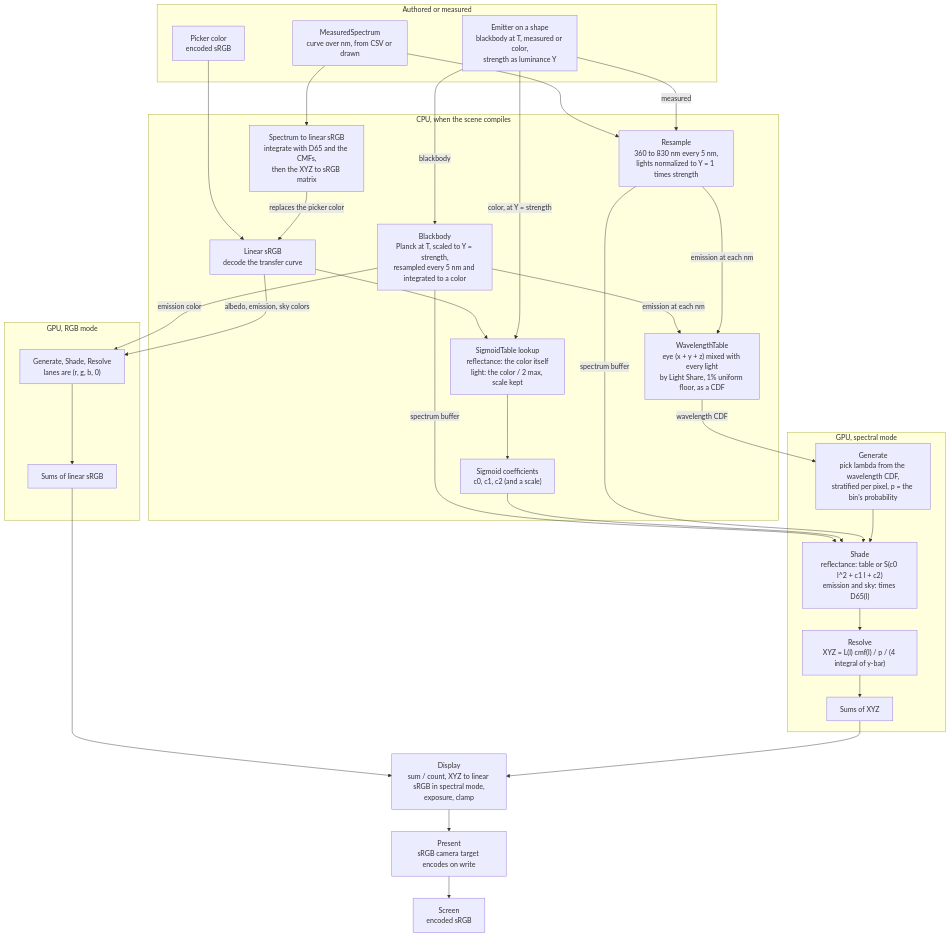
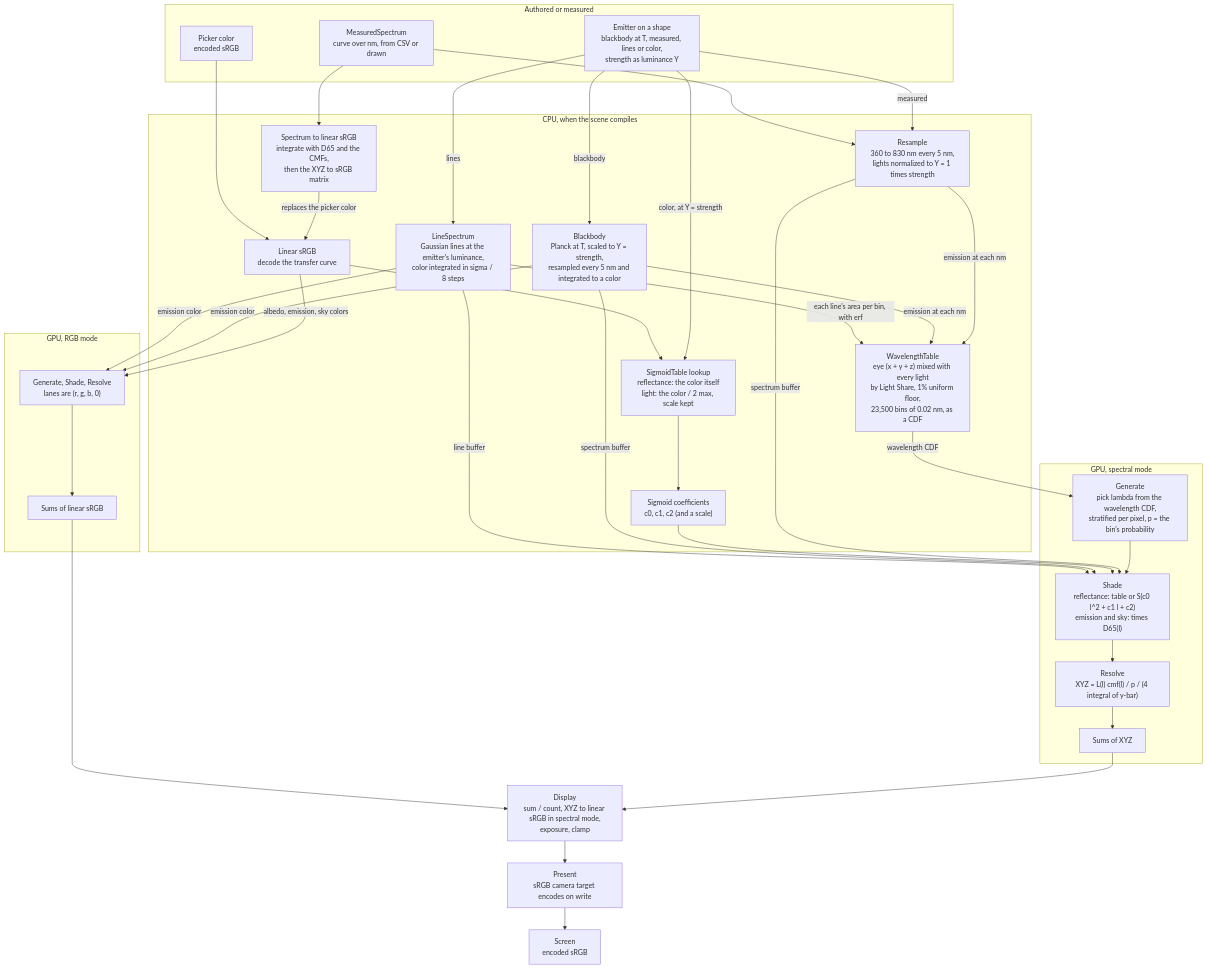
One commit to Privnoval016/SpectralPathTracer changed the diagram in Assets/SpectralPathTracer/Runtime/Spectra/README.md. Above: the diagram before and after it, drawn with Mermaid. The commit also changed other lines of this file and 3 other files, not shown here.

````diff
--- a/Assets/SpectralPathTracer/Runtime/Spectra/README.md
+++ b/Assets/SpectralPathTracer/Runtime/Spectra/README.md
@@ -23,54 +23,59 @@
 ```mermaid
 flowchart TD
     subgraph AUTHOR["Authored or measured"]
         picker["Picker color<br/>encoded sRGB"]
         measured["MeasuredSpectrum<br/>curve over nm, from CSV or drawn"]
-        emitter["Emitter on a shape<br/>blackbody at T, measured or color,<br/>strength as luminance Y"]
+        emitter["Emitter on a shape<br/>blackbody at T, measured, lines or color,<br/>strength as luminance Y"]
     end
 
     subgraph CPU["CPU, when the scene compiles"]
         linear["Linear sRGB<br/>decode the transfer curve"]
         fit["SigmoidTable lookup<br/>reflectance: the color itself<br/>light: the color / 2 max, scale kept"]
         coeffs["Sigmoid coefficients<br/>c0, c1, c2 (and a scale)"]
         resample["Resample<br/>360 to 830 nm every 5 nm,<br/>lights normalized to Y = 1 times strength"]
         tocolor["Spectrum to linear sRGB<br/>integrate with D65 and the CMFs,<br/>then the XYZ to sRGB matrix"]
         planck["Blackbody<br/>Planck at T, scaled to Y = strength,<br/>resampled every 5 nm and integrated to a color"]
-        cdf["WavelengthTable<br/>eye (x + y + z) mixed with every light<br/>by Light Share, 1% uniform floor, as a CDF"]
+        cdf["WavelengthTable<br/>eye (x + y + z) mixed with every light<br/>by Light Share, 1% uniform floor,<br/>23,500 bins of 0.02 nm, as a CDF"]
+        gauss["LineSpectrum<br/>Gaussian lines at the emitter's luminance,<br/>color integrated in sigma / 8 steps"]
     end
 
     subgraph GPU_RGB["GPU, RGB mode"]
         rgbpath["Generate, Shade, Resolve<br/>lanes are (r, g, b, 0)"]
         rgbsum["Sums of linear sRGB"]
     end
 
     subgraph GPU_SPEC["GPU, spectral mode"]
         lambda["Generate<br/>pick lambda from the wavelength CDF,<br/>stratified per pixel, p = the bin's probability"]
         evaluate["Shade<br/>reflectance: table or S(c0 l^2 + c1 l + c2)<br/>emission and sky: times D65(l)"]
         estimate["Resolve<br/>XYZ = L(l) cmf(l) / p / (4 integral of y-bar)"]
         xyzsum["Sums of XYZ"]
     end
 
     display["Display<br/>sum / count, XYZ to linear sRGB in spectral mode,<br/>exposure, clamp"]
     present["Present<br/>sRGB camera target encodes on write"]
     screen["Screen<br/>encoded sRGB"]
 
     picker --> linear
     linear --> fit --> coeffs
     measured --> resample
     measured --> tocolor
     tocolor -- "replaces the picker color" --> linear
     emitter -- "blackbody" --> planck
     emitter -- "measured" --> resample
     emitter -- "color, at Y = strength" --> fit
+    emitter -- "lines" --> gauss
+    gauss -- "line buffer" --> evaluate
+    gauss -- "each line's area per bin, with erf" --> cdf
+    gauss -- "emission color" --> rgbpath
     planck -- "emission color" --> rgbpath
     planck -- "spectrum buffer" --> evaluate
     planck -- "emission at each nm" --> cdf
     resample -- "emission at each nm" --> cdf
     cdf -- "wavelength CDF" --> lambda
 
     linear -- "albedo, emission, sky colors" --> rgbpath --> rgbsum --> display
     coeffs --> evaluate
     resample -- "spectrum buffer" --> evaluate
     lambda --> evaluate --> estimate --> xyzsum --> display
     display --> present --> screen
 ```
````
